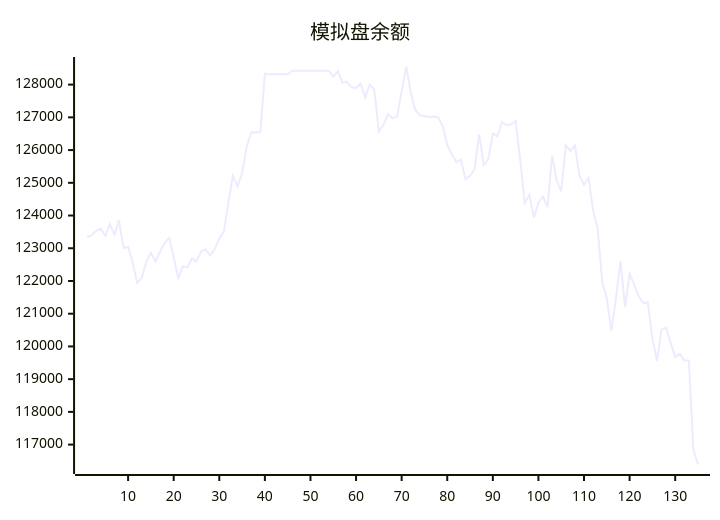
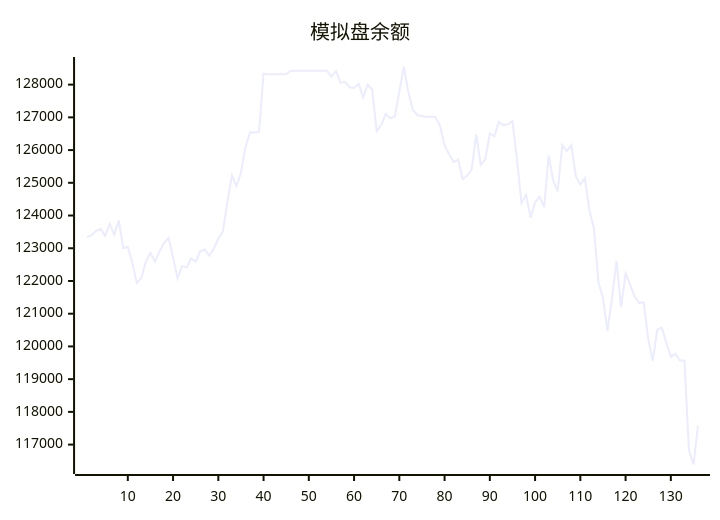
Before and after one commit to aahl/ai-trading: the diagram in README.md, drawn with Mermaid. The commit also changed other lines of this file and 1 other file, not shown here.

````diff
--- a/README.md
+++ b/README.md
@@ -5,5 +5,5 @@
 ```mermaid
 xychart
     title "模拟盘余额"
-    line [123338,123402,123530,123592,123378,123745,123413,123853,123009,123040,122557,121938,122095,122599,122856,122597,122898,123160,123319,122719,122087,122454,122416,122685,122592,122907,122961,122776,122981,123295,123507,124403,125224,124894,125303,126088,126544,126534,126549,128335,128318,128318,128318,128318,128318,128424,128424,128424,128424,128424,128424,128424,128424,128424,128247,128412,128062,128087,127917,127901,128026,127611,128000,127850,126572,126770,127100,126971,127029,127783,128554,127765,127224,127064,127044,127009,127025,127004,126738,126152,125871,125635,125707,125117,125217,125420,126480,125545,125715,126511,126424,126856,126764,126788,126890,125710,124381,124632,123936,124402,124574,124256,125833,125070,124739,126154,125966,126145,125213,124943,125143,124157,123604,121959,121476,120476,121470,122610,121201,122221,121889,121522,121332,121344,120232,119559,120513,120577,120108,119680,119777,119572,119568,116839,116392]
+    line [123338,123402,123530,123592,123378,123745,123413,123853,123009,123040,122557,121938,122095,122599,122856,122597,122898,123160,123319,122719,122087,122454,122416,122685,122592,122907,122961,122776,122981,123295,123507,124403,125224,124894,125303,126088,126544,126534,126549,128335,128318,128318,128318,128318,128318,128424,128424,128424,128424,128424,128424,128424,128424,128424,128247,128412,128062,128087,127917,127901,128026,127611,128000,127850,126572,126770,127100,126971,127029,127783,128554,127765,127224,127064,127044,127009,127025,127004,126738,126152,125871,125635,125707,125117,125217,125420,126480,125545,125715,126511,126424,126856,126764,126788,126890,125710,124381,124632,123936,124402,124574,124256,125833,125070,124739,126154,125966,126145,125213,124943,125143,124157,123604,121959,121476,120476,121470,122610,121201,122221,121889,121522,121332,121344,120232,119559,120513,120577,120108,119680,119777,119572,119568,116839,116392,117573]
 ```
````
